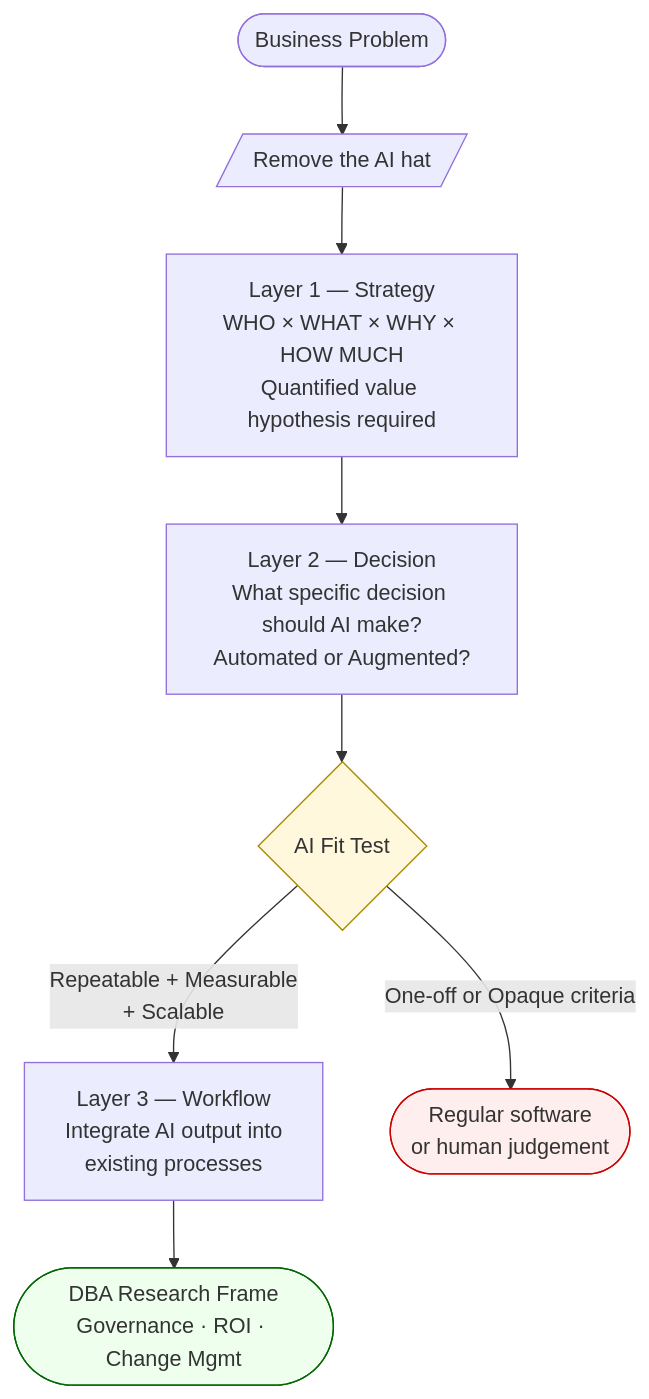
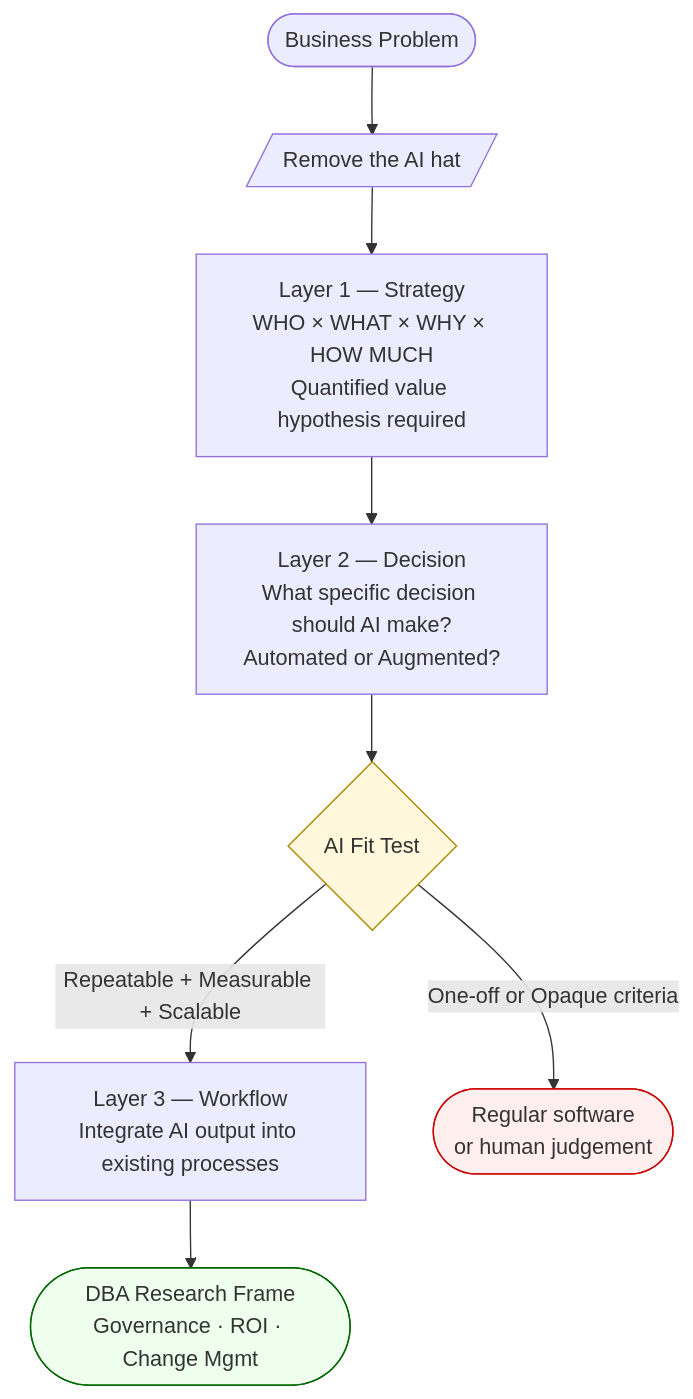
One commit to sanjaygupta-professional/dba-kb changed the first of 2 diagrams in content/concepts/ai-project-strategy.md. Above: the diagram before and after it, drawn with Mermaid. The commit also changed other lines of this file and 2 other files, not shown here.

Commit message:
wiki update 2026-04-14 23:32

````diff
--- a/content/concepts/ai-project-strategy.md
+++ b/content/concepts/ai-project-strategy.md
@@ -43,14 +43,14 @@
 ```mermaid
 flowchart TD
     A([Business Problem]) --> B[/"Remove the AI hat"/]
-    B --> C["Layer 1 — Strategy\nWHO × WHAT × WHY × HOW MUCH\nQuantified value hypothesis required"]
-    C --> D["Layer 2 — Decision\nWhat specific decision should AI make?\nAutomated or Augmented?"]
+    B --> C["Layer 1 — Strategy<br/>WHO × WHAT × WHY × HOW MUCH<br/>Quantified value hypothesis required"]
+    C --> D["Layer 2 — Decision<br/>What specific decision should AI make?<br/>Automated or Augmented?"]
     D --> E{AI Fit Test}
-    E -->|"Repeatable + Measurable\n+ Scalable"| F["Layer 3 — Workflow\nIntegrate AI output into\nexisting processes"]
-    E -->|"One-off or Opaque criteria"| G(["Regular software\nor human judgement"])
-    F --> H(["DBA Research Frame\nGovernance · ROI · Change Mgmt"])
+    E -->|"Repeatable + Measurable + Scalable"| F["Layer 3 — Workflow<br/>Integrate AI output into existing processes"]
+    E -->|"One-off or Opaque criteria"| G(["Regular software<br/>or human judgement"])
+    F --> H(["DBA Research Frame<br/>Governance · ROI · Change Mgmt"])
 
     style G fill:#fee,stroke:#c00
     style H fill:#efe,stroke:#060
     style E fill:#fff8dc,stroke:#aa8800
 ```
````
